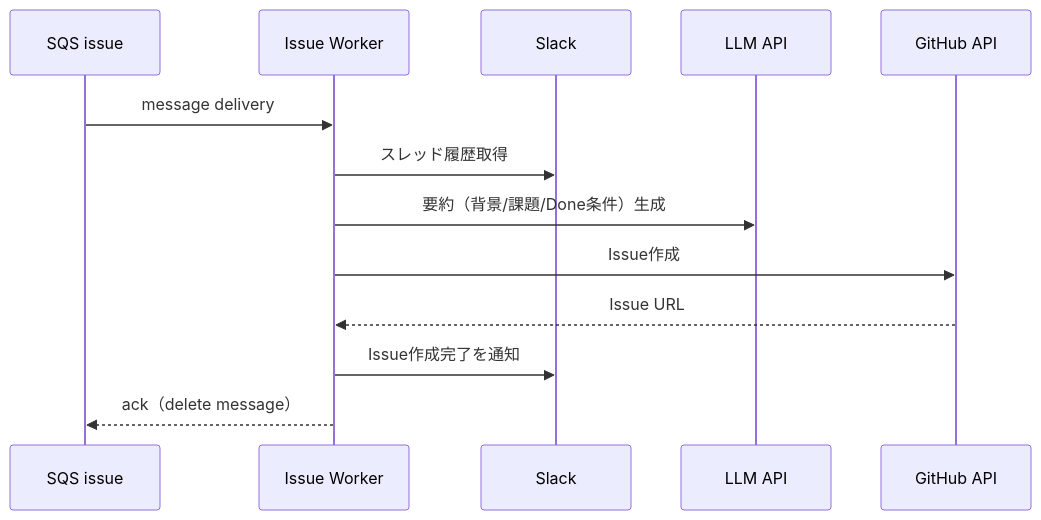
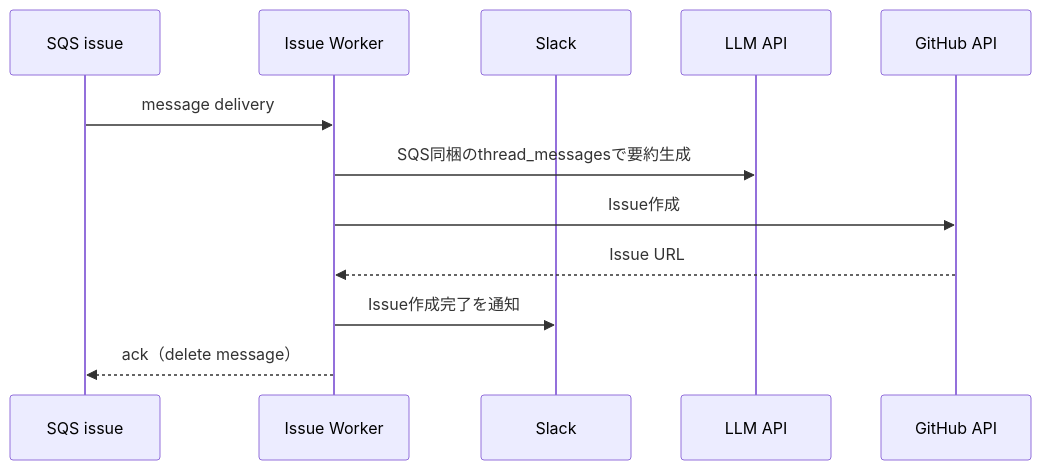
One commit to Asheze1127/progress-checker changed the eighth of 10 diagrams in docs/details/process-flow.md. Above: the diagram before and after it, drawn with Mermaid. The commit also changed other lines of this file, not shown here.

Commit message:
update process flow

````diff
--- a/docs/details/process-flow.md
+++ b/docs/details/process-flow.md
@@ -198,16 +202,15 @@
 ```mermaid
 sequenceDiagram
     participant SQSI as SQS issue
     participant W as Issue Worker
     participant Slack as Slack
     participant LLM as LLM API
     participant GH as GitHub API
 
     SQSI->>W: message delivery
-    W->>Slack: スレッド履歴取得
-    W->>LLM: 要約（背景/課題/Done条件）生成
+    W->>LLM: SQS同梱のthread_messagesで要約生成
     W->>GH: Issue作成
     GH-->>W: Issue URL
     W->>Slack: Issue作成完了を通知
     W-->>SQSI: ack（delete message）
 ```
````
